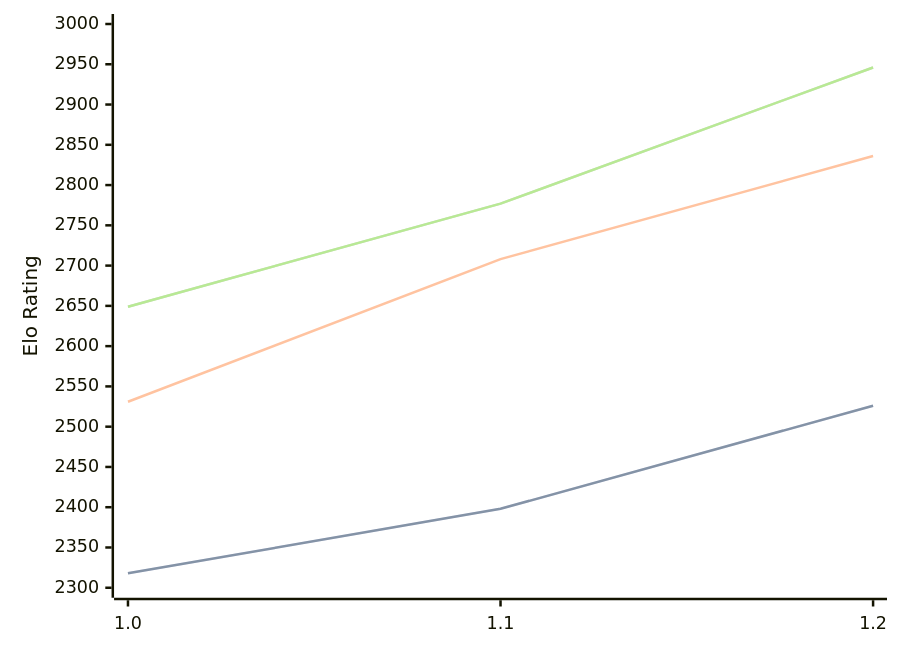
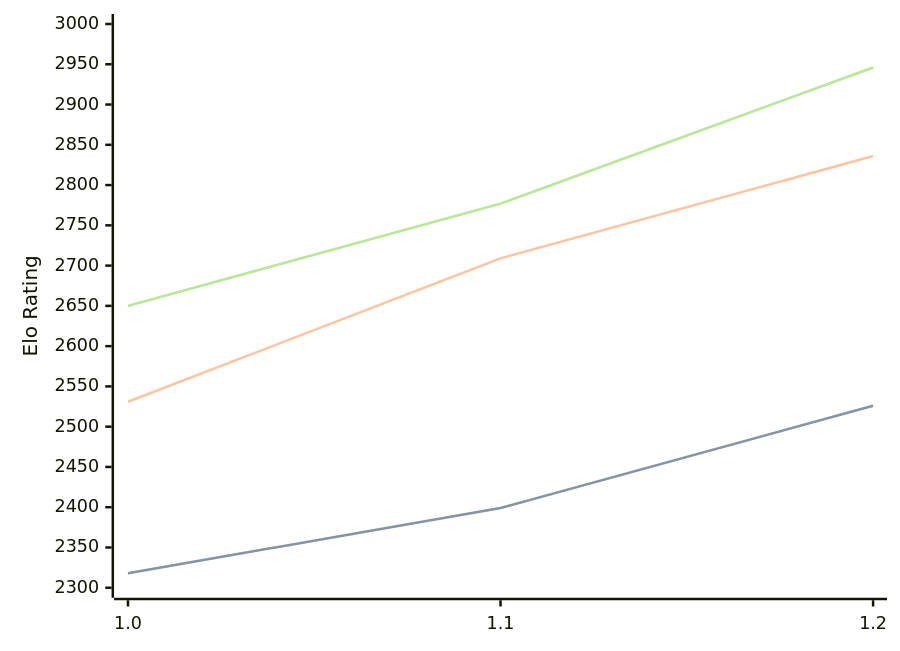
One commit to computer-chess-index/cci changed the diagram in engines/FoxChess.md. Above: the diagram before and after it, drawn with Mermaid. The commit also changed other lines of this file, not shown here.

Commit message:
Update CCI Ratings (ELO VLTC) - 2026-09-06

````diff
--- a/engines/FoxChess.md
+++ b/engines/FoxChess.md
@@ -33,11 +33,11 @@
 ```mermaid
 %%{init: {"theme":"base","themeVariables":{"seriesColors:['#a3a3a3','#222221','#faa371']}}}%%
 xychart-beta
   x-axis ["1.0", "1.1", "1.2"]
   y-axis "Elo Rating" 2300 --> 3000
-  line "" [2318, 2398, 2526]
-  line "STC (8.0+0.08s)" [2318, 2398, 2526]
-  line "LTC (60.0+0.60s)" [2531, 2708, 2836]
-  line "" [2649, 2777, 2946]
-  line "VLTC (2m24s+1.12s)" [2649, 2777, 2946]
+  line "" [2318, 2399, 2526]
+  line "STC (8.0+0.08s)" [2318, 2399, 2526]
+  line "LTC (60.0+0.60s)" [2531, 2709, 2836]
+  line "" [2650, 2777, 2946]
+  line "VLTC (2m24s+1.12s)" [2650, 2777, 2946]
 ```
````
